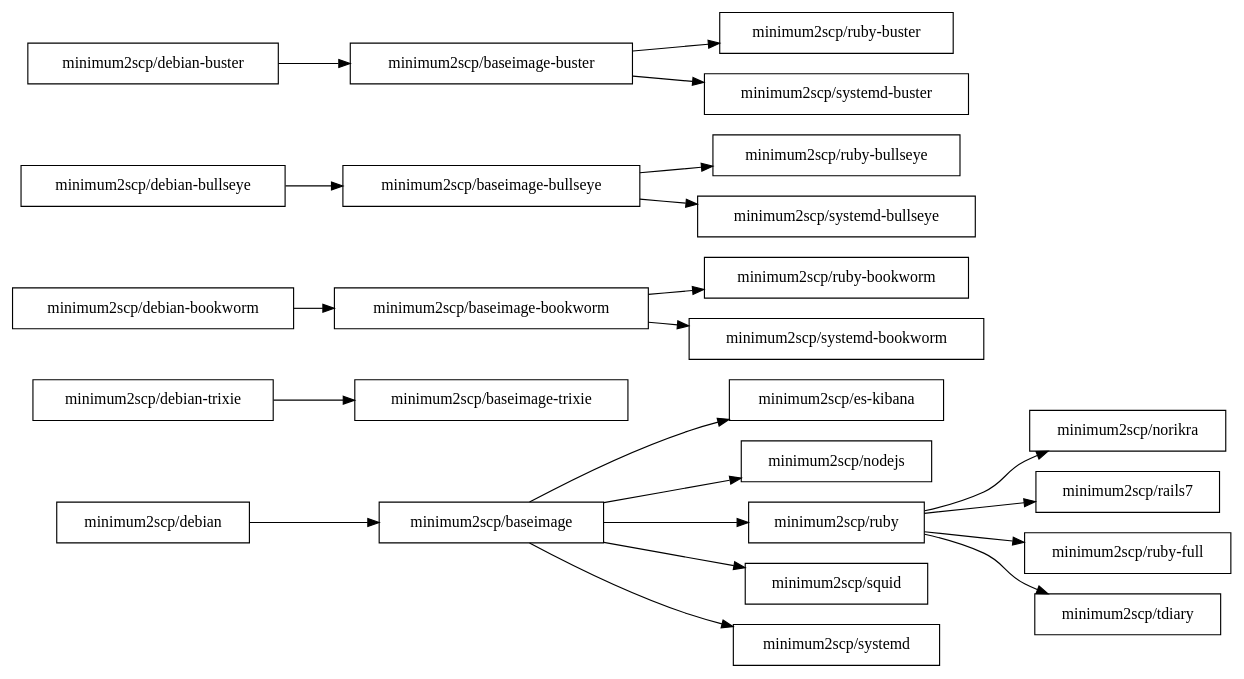
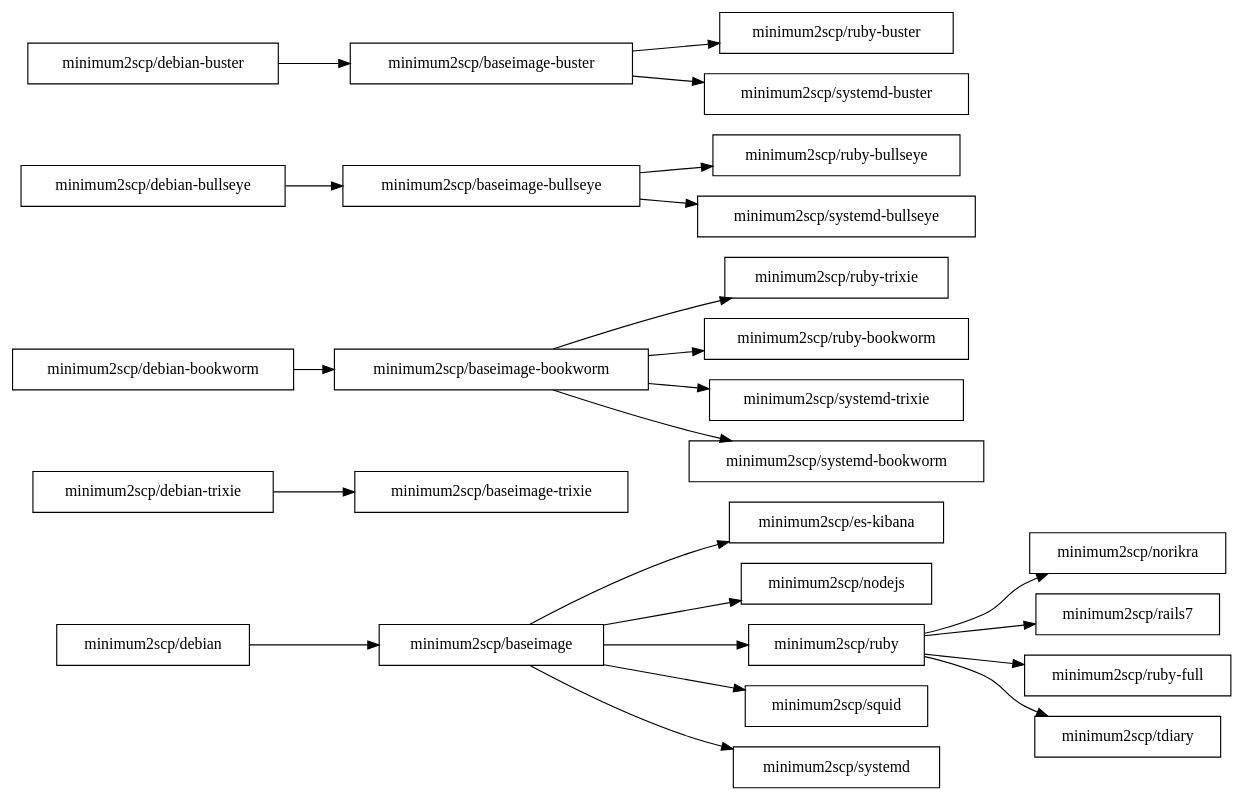
Before and after one commit to minimum2scp/dockerfiles: the diagram in deps.dot, drawn with Graphviz. The commit also changed 5 other files, not shown here.

Commit message:
Added systemd-trixie image

```diff
--- a/deps.dot
+++ b/deps.dot
@@ -1,53 +1,56 @@
 digraph deps {
   graph [
     rankdir = "LR"
   ];
 
   node [
     shape = "box"
   ];
 
   ratio = auto;
 
   baseimage          [label = "minimum2scp/baseimage"];
   baseimage_trixie   [label = "minimum2scp/baseimage-trixie"];
   baseimage_bookworm [label = "minimum2scp/baseimage-bookworm"];
   baseimage_bullseye [label = "minimum2scp/baseimage-bullseye"];
   baseimage_buster   [label = "minimum2scp/baseimage-buster"];
   debian             [label = "minimum2scp/debian"];
   debian_trixie      [label = "minimum2scp/debian-trixie"];
   debian_bookworm    [label = "minimum2scp/debian-bookworm"];
   debian_bullseye    [label = "minimum2scp/debian-bullseye"];
   debian_buster      [label = "minimum2scp/debian-buster"];
   es_kibana          [label = "minimum2scp/es-kibana"];
   nodejs             [label = "minimum2scp/nodejs"];
   norikra            [label = "minimum2scp/norikra"];
   rails7             [label = "minimum2scp/rails7"];
   ruby               [label = "minimum2scp/ruby"];
+  ruby_trixie        [label = "minimum2scp/ruby-trixie"];
   ruby_bookworm      [label = "minimum2scp/ruby-bookworm"];
   ruby_bullseye      [label = "minimum2scp/ruby-bullseye"];
   ruby_buster        [label = "minimum2scp/ruby-buster"];
   ruby_full          [label = "minimum2scp/ruby-full"];
   squid              [label = "minimum2scp/squid"];
   systemd            [label = "minimum2scp/systemd"];
+  systemd_trixie     [label = "minimum2scp/systemd-trixie"];
   systemd_bookworm   [label = "minimum2scp/systemd-bookworm"];
   systemd_bullseye   [label = "minimum2scp/systemd-bullseye"];
   systemd_buster     [label = "minimum2scp/systemd-buster"];
   tdiary             [label = "minimum2scp/tdiary"];
 
   debian    -> baseimage;
   baseimage -> {es_kibana, nodejs, ruby, squid, systemd};
   ruby      -> {norikra, rails7, ruby_full, tdiary};
 
   debian_trixie   -> baseimage_trixie;
+  baseimage_bookworm -> {ruby_trixie, systemd_trixie};
 
   debian_bookworm -> baseimage_bookworm;
   baseimage_bookworm -> {ruby_bookworm, systemd_bookworm};
 
   debian_bullseye -> baseimage_bullseye;
   baseimage_bullseye -> {ruby_bullseye, systemd_bullseye};
 
   debian_buster -> baseimage_buster;
   baseimage_buster -> {ruby_buster, systemd_buster};
 
 }
```
